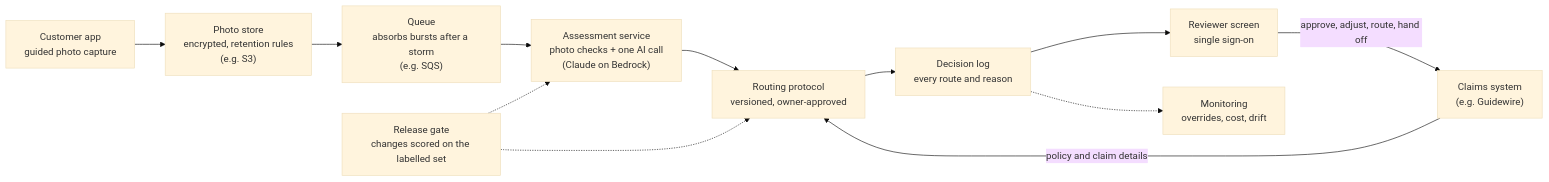
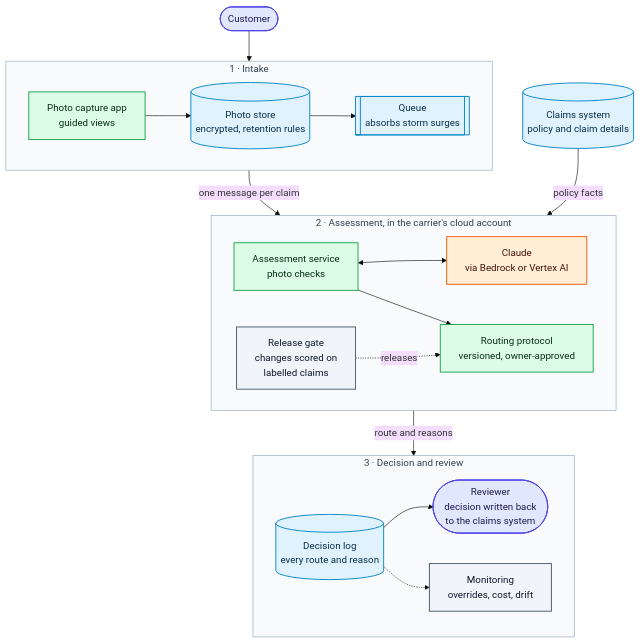
Before and after one commit to wellnessaistack-maker/vehicle-damage-claims-ai: the second of 2 diagrams in README.md, drawn with Mermaid (base theme). The commit also changed other lines of this file, not shown here.

Commit message:
README: clearer, colour-coded architecture diagrams
Claude-Session: https://claude.ai/code/session_015LuekTfqntyu15jJsu9vH8

````diff
--- a/README.md
+++ b/README.md
@@ -98,14 +119,44 @@
 ```mermaid
-flowchart LR
-  Cust["Customer app<br/>guided photo capture"] --> Store["Photo store<br/>encrypted, retention rules<br/>(e.g. S3)"]
-  Store --> Queue["Queue<br/>absorbs bursts after a storm<br/>(e.g. SQS)"]
-  Queue --> Assess["Assessment service<br/>photo checks + one AI call<br/>(Claude on Bedrock)"]
-  Assess --> Rules["Routing protocol<br/>versioned, owner-approved"]
-  Claims["Claims system<br/>(e.g. Guidewire)"] -->|"policy and claim details"| Rules
-  Rules --> Log["Decision log<br/>every route and reason"]
-  Log --> Rev["Reviewer screen<br/>single sign-on"]
-  Rev -->|"approve, adjust, route, hand off"| Claims
-  Gate["Release gate<br/>changes scored on the labelled set"] -.-> Assess
-  Gate -.-> Rules
-  Log -.-> Mon["Monitoring<br/>overrides, cost, drift"]
+flowchart TB
+  cust(["Customer"])
+
+  subgraph IN["1 · Intake"]
+    direction LR
+    app["Photo capture app<br/>guided views"] --> store[("Photo store<br/>encrypted, retention rules")] --> queue[["Queue<br/>absorbs storm surges"]]
+  end
+
+  subgraph AS["2 · Assessment, in the carrier's cloud account"]
+    direction LR
+    svc["Assessment service<br/>photo checks"] <--> ai["Claude<br/>via Bedrock or Vertex AI"]
+    svc --> rules["Routing protocol<br/>versioned, owner-approved"]
+    gate["Release gate<br/>changes scored on<br/>labelled claims"] -. "releases" .-> rules
+  end
+
+  subgraph RC["3 · Decision and review"]
+    direction LR
+    log[("Decision log<br/>every route and reason")] --> rev(["Reviewer<br/>decision written back<br/>to the claims system"])
+    log -.-> mon["Monitoring<br/>overrides, cost, drift"]
+  end
+
+  cms[("Claims system<br/>policy and claim details")]
+
+  cust --> IN
+  IN -- "one message per claim" --> AS
+  cms -- "policy facts" --> AS
+  AS -- "route and reasons" --> RC
+
+
+  classDef person fill:#e0e7ff,stroke:#4f46e5,color:#1e1b4b,stroke-width:1.5px
+  classDef code fill:#dcfce7,stroke:#16a34a,color:#052e16,stroke-width:1.5px
+  classDef model fill:#ffedd5,stroke:#ea580c,color:#431407,stroke-width:1.5px
+  classDef data fill:#e0f2fe,stroke:#0284c7,color:#082f49,stroke-width:1.5px
+  classDef ops fill:#f1f5f9,stroke:#475569,color:#0f172a,stroke-width:1.5px
+  class cust,rev person
+  class app,svc,rules code
+  class ai model
+  class store,queue,log,cms data
+  class gate,mon ops
+  style IN fill:#f8fafc,stroke:#94a3b8,color:#334155
+  style AS fill:#f8fafc,stroke:#94a3b8,color:#334155
+  style RC fill:#f8fafc,stroke:#94a3b8,color:#334155
 ```
````
